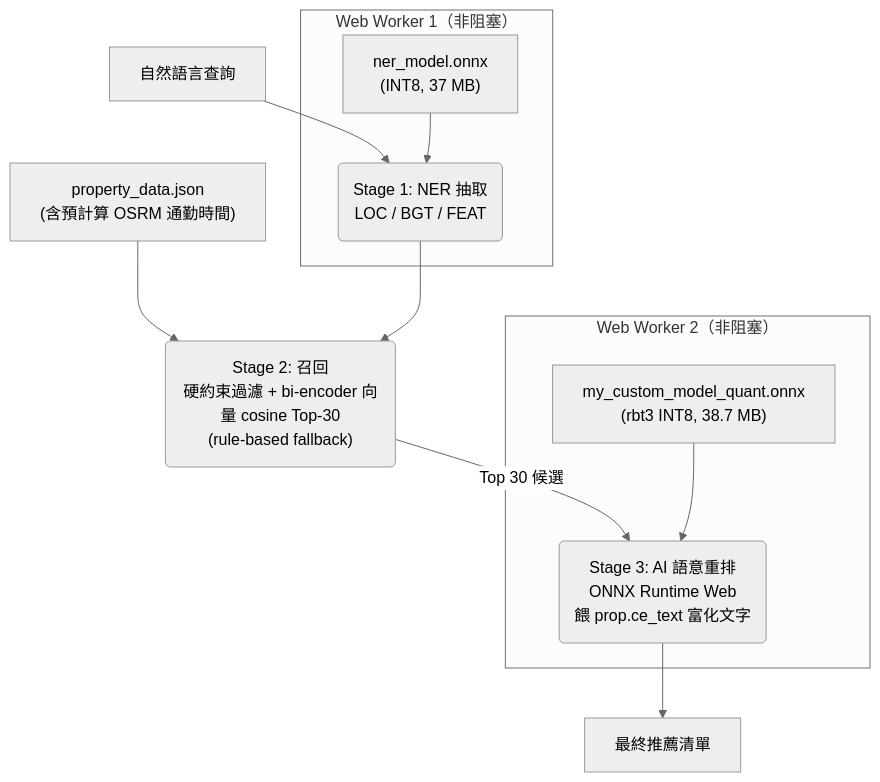
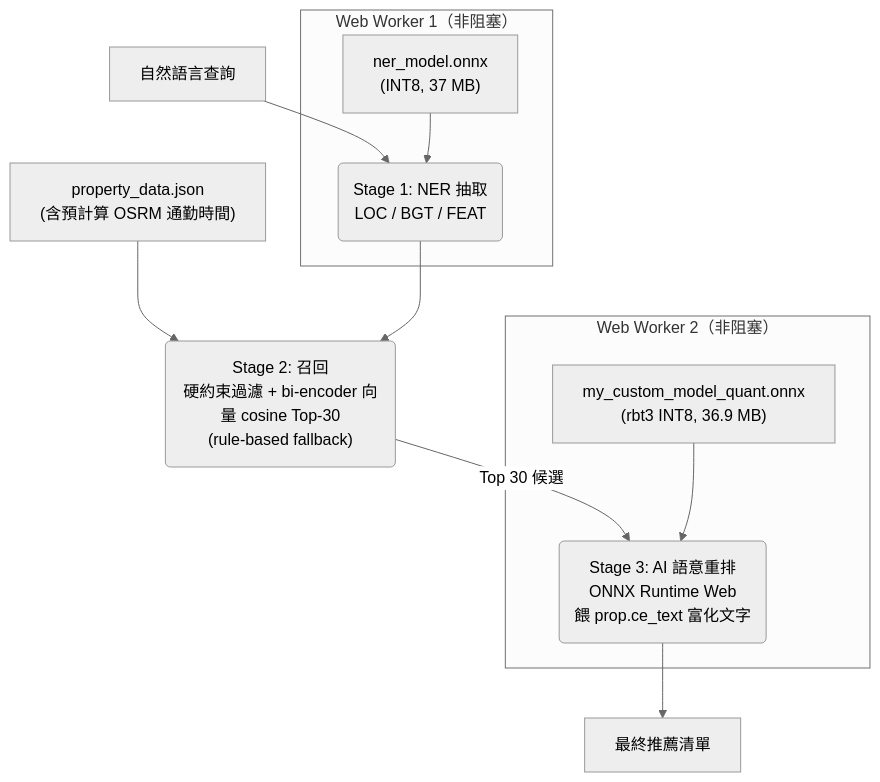
Before and after one commit to eric20041027/nchu-edge-rental-ai: the second of 2 diagrams in README.md, drawn with Mermaid (neutral theme). The commit also changed other lines of this file, not shown here.

````diff
--- a/README.md
+++ b/README.md
@@ -109,18 +62,18 @@
 ```mermaid
 graph TD
     PD["property_data.json\n(含預計算 OSRM 通勤時間)"] --> C
     Q["自然語言查詢"] --> W1
 
     subgraph WK1["Web Worker 1（非阻塞）"]
         NM["ner_model.onnx\n(INT8, 37 MB)"] --> W1("Stage 1: NER 抽取\nLOC / BGT / FEAT")
     end
 
     W1 --> C("Stage 2: 召回\n硬約束過濾 + bi-encoder 向量 cosine Top-30\n(rule-based fallback)")
     C -- "Top 30 候選" --> W2
 
     subgraph WK2["Web Worker 2（非阻塞）"]
-        CE["my_custom_model_quant.onnx\n(rbt3 INT8, 38.7 MB)"] --> W2("Stage 3: AI 語意重排\nONNX Runtime Web\n餵 prop.ce_text 富化文字")
+        CE["my_custom_model_quant.onnx\n(rbt3 INT8, 36.9 MB)"] --> W2("Stage 3: AI 語意重排\nONNX Runtime Web\n餵 prop.ce_text 富化文字")
     end
 
     W2 --> F["最終推薦清單"]
 ```
````
